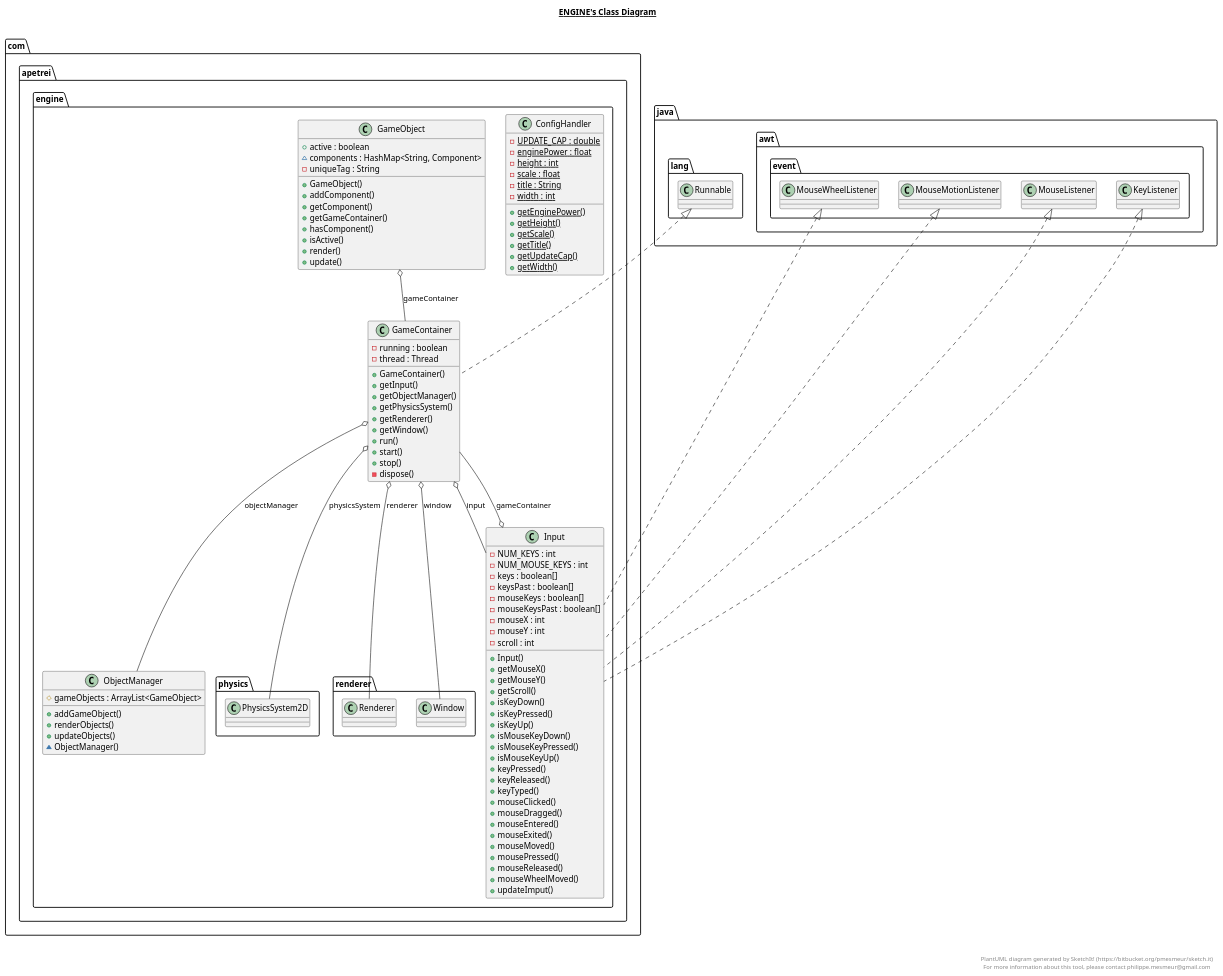
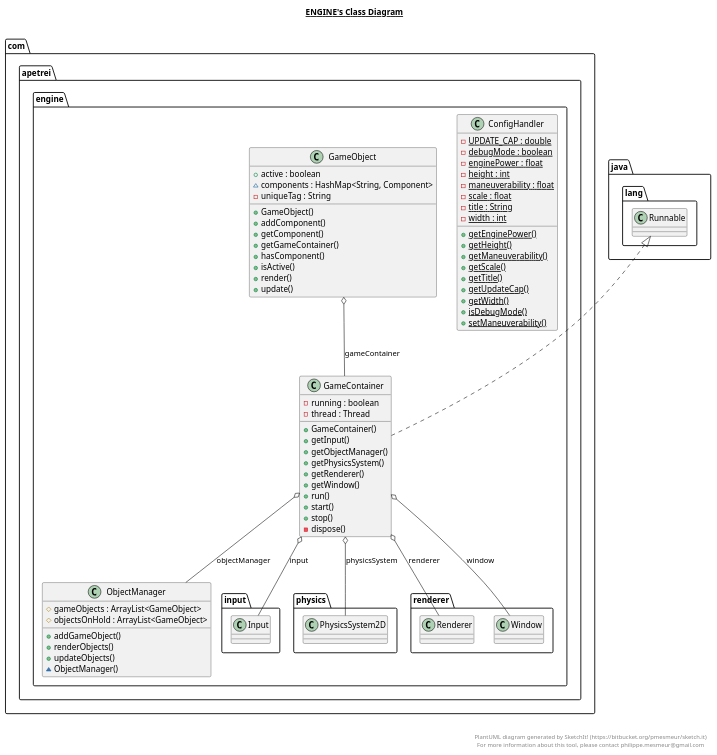
The diagram in src/com/apetrei/engine/engine.plantuml (TheWiseWolfy/Wild-Sky), drawn with PlantUML before and after one commit. The commit also changed 38 other files, not shown here.

```diff
--- a/src/com/apetrei/engine/engine.plantuml
+++ b/src/com/apetrei/engine/engine.plantuml
@@ -1,127 +1,91 @@
 @startuml
 
 title __ENGINE's Class Diagram__\n
 
   namespace com.apetrei.engine {
     class com.apetrei.engine.ConfigHandler {
         {static} - UPDATE_CAP : double
+        {static} - debugMode : boolean
         {static} - enginePower : float
         {static} - height : int
+        {static} - maneuverability : float
         {static} - scale : float
         {static} - title : String
         {static} - width : int
         {static} + getEnginePower()
         {static} + getHeight()
+        {static} + getManeuverability()
         {static} + getScale()
         {static} + getTitle()
         {static} + getUpdateCap()
         {static} + getWidth()
+        {static} + isDebugMode()
+        {static} + setManeuverability()
     }
   }
   
 
   namespace com.apetrei.engine {
     class com.apetrei.engine.GameContainer {
         - running : boolean
         - thread : Thread
         + GameContainer()
         + getInput()
         + getObjectManager()
         + getPhysicsSystem()
         + getRenderer()
         + getWindow()
         + run()
         + start()
         + stop()
         - dispose()
     }
   }
   
 
   namespace com.apetrei.engine {
     class com.apetrei.engine.GameObject {
         + active : boolean
         ~ components : HashMap<String, Component>
         - uniqueTag : String
         + GameObject()
         + addComponent()
         + getComponent()
         + getGameContainer()
         + hasComponent()
         + isActive()
         + render()
         + update()
     }
   }
   
 
   namespace com.apetrei.engine {
-    class com.apetrei.engine.Input {
-        - NUM_KEYS : int
-        - NUM_MOUSE_KEYS : int
-        - keys : boolean[]
-        - keysPast : boolean[]
-        - mouseKeys : boolean[]
-        - mouseKeysPast : boolean[]
-        - mouseX : int
-        - mouseY : int
-        - scroll : int
-        + Input()
-        + getMouseX()
-        + getMouseY()
-        + getScroll()
-        + isKeyDown()
-        + isKeyPressed()
-        + isKeyUp()
-        + isMouseKeyDown()
-        + isMouseKeyPressed()
-        + isMouseKeyUp()
-        + keyPressed()
-        + keyReleased()
-        + keyTyped()
-        + mouseClicked()
-        + mouseDragged()
-        + mouseEntered()
-        + mouseExited()
-        + mouseMoved()
-        + mousePressed()
-        + mouseReleased()
-        + mouseWheelMoved()
-        + updateImput()
-    }
-  }
-  
-
-  namespace com.apetrei.engine {
     class com.apetrei.engine.ObjectManager {
         # gameObjects : ArrayList<GameObject>
+        # objectsOnHold : ArrayList<GameObject>
         + addGameObject()
         + renderObjects()
         + updateObjects()
         ~ ObjectManager()
     }
   }
   
 
   com.apetrei.engine.GameContainer .up.|> java.lang.Runnable
-  com.apetrei.engine.GameContainer o-- com.apetrei.engine.Input : input
+  com.apetrei.engine.GameContainer o-- com.apetrei.engine.input.Input : input
   com.apetrei.engine.GameContainer o-- com.apetrei.engine.ObjectManager : objectManager
   com.apetrei.engine.GameContainer o-- com.apetrei.engine.physics.PhysicsSystem2D : physicsSystem
   com.apetrei.engine.GameContainer o-- com.apetrei.engine.renderer.Renderer : renderer
   com.apetrei.engine.GameContainer o-- com.apetrei.engine.renderer.Window : window
   com.apetrei.engine.GameObject o-- com.apetrei.engine.GameContainer : gameContainer
-  com.apetrei.engine.Input .up.|> java.awt.event.KeyListener
-  com.apetrei.engine.Input .up.|> java.awt.event.MouseListener
-  com.apetrei.engine.Input .up.|> java.awt.event.MouseMotionListener
-  com.apetrei.engine.Input .up.|> java.awt.event.MouseWheelListener
-  com.apetrei.engine.Input o-- com.apetrei.engine.GameContainer : gameContainer
 
 
 right footer
 
 
 PlantUML diagram generated by SketchIt! (https://bitbucket.org/pmesmeur/sketch.it)
 For more information about this tool, please contact philippe.mesmeur@gmail.com
 endfooter
 
 @enduml
```
